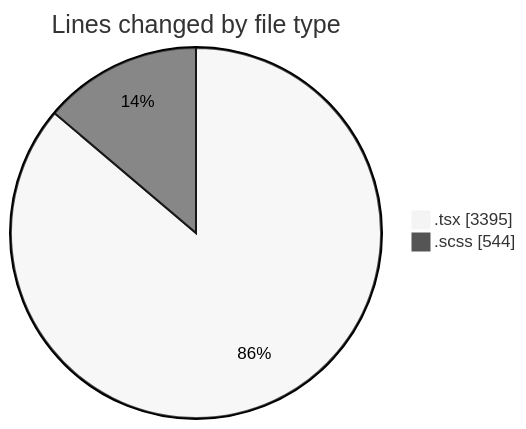
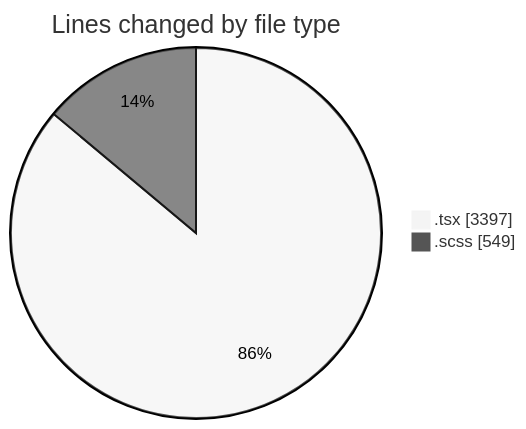
Before and after one commit to momahboobian/code-tracking: the first of 2 diagrams in 2025-09-30/cda/README.md, drawn with Mermaid (neutral theme). The commit also changed other lines of this file and 1 other file, not shown here.

````diff
--- a/2025-09-30/cda/README.md
+++ b/2025-09-30/cda/README.md
@@ -25,6 +25,6 @@
 ```mermaid
 pie showData
 title Lines changed by file type
-".tsx" : 3395
-".scss" : 544
+".tsx" : 3397
+".scss" : 549
 ```
````
